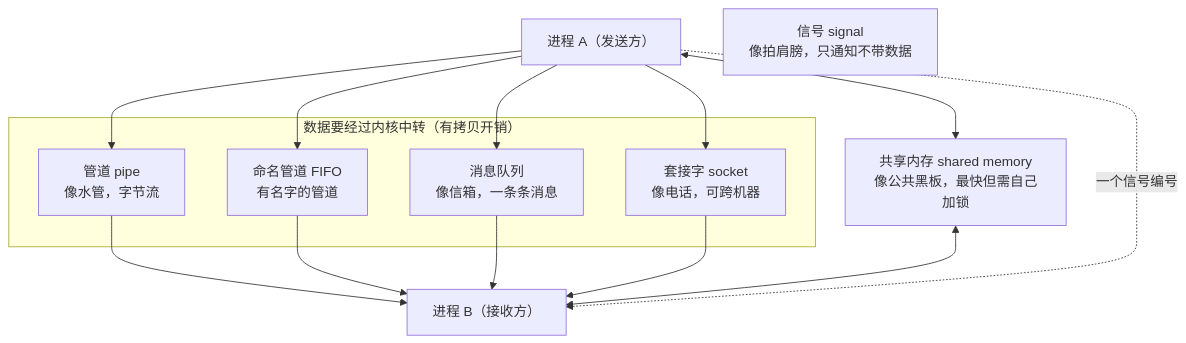
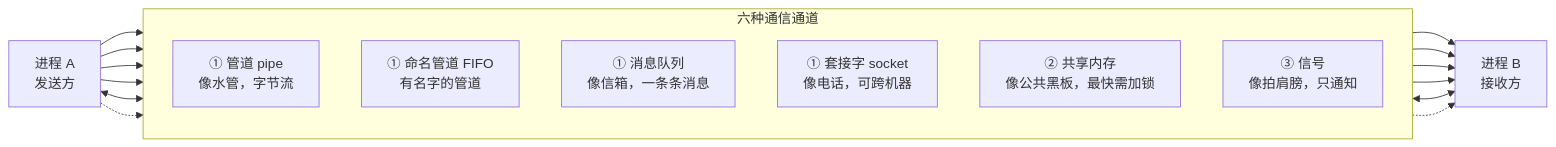
One commit to lnsyyj/lnsyyj.github.io changed the second of 4 diagrams in _posts/2026-10-24-ipc.md. Above: the diagram before and after it, drawn with Mermaid. The commit also changed other lines of this file, not shown here.

Commit message:
docs: IPC 文章重画全景图并补充各通信方式的方向

````diff
--- a/_posts/2026-10-24-ipc.md
+++ b/_posts/2026-10-24-ipc.md
@@ -52,23 +52,29 @@
 ```mermaid
-flowchart TB
-    A["进程 A（发送方）"]
-    B["进程 B（接收方）"]
+flowchart LR
+    A["进程 A<br/>发送方"]
+    B["进程 B<br/>接收方"]
 
-    subgraph VIA_KERNEL["数据要经过内核中转（有拷贝开销）"]
-        PIPE["管道 pipe<br/>像水管，字节流"]
-        FIFO["命名管道 FIFO<br/>有名字的管道"]
-        MSGQ["消息队列<br/>像信箱，一条条消息"]
-        SOCK["套接字 socket<br/>像电话，可跨机器"]
+    subgraph CH["六种通信通道"]
+        direction TB
+        PIPE["① 管道 pipe<br/>像水管，字节流"]
+        FIFO["① 命名管道 FIFO<br/>有名字的管道"]
+        MSGQ["① 消息队列<br/>像信箱，一条条消息"]
+        SOCK["① 套接字 socket<br/>像电话，可跨机器"]
+        SHM["② 共享内存<br/>像公共黑板，最快需加锁"]
+        SIG["③ 信号<br/>像拍肩膀，只通知"]
     end
 
-    SHM["共享内存 shared memory<br/>像公共黑板，最快但需自己加锁"]
-    SIG["信号 signal<br/>像拍肩膀，只通知不带数据"]
+    A --> PIPE
+    A --> FIFO
+    A --> MSGQ
+    A --> SOCK
+    A <--> SHM
+    A -.-> SIG
 
-    A --> PIPE --> B
-    A --> FIFO --> B
-    A --> MSGQ --> B
-    A --> SOCK --> B
-    A <--> SHM
+    PIPE --> B
+    FIFO --> B
+    MSGQ --> B
+    SOCK --> B
     SHM <--> B
-    A -.->|"一个信号编号"| B
+    SIG -.-> B
 ```
````
